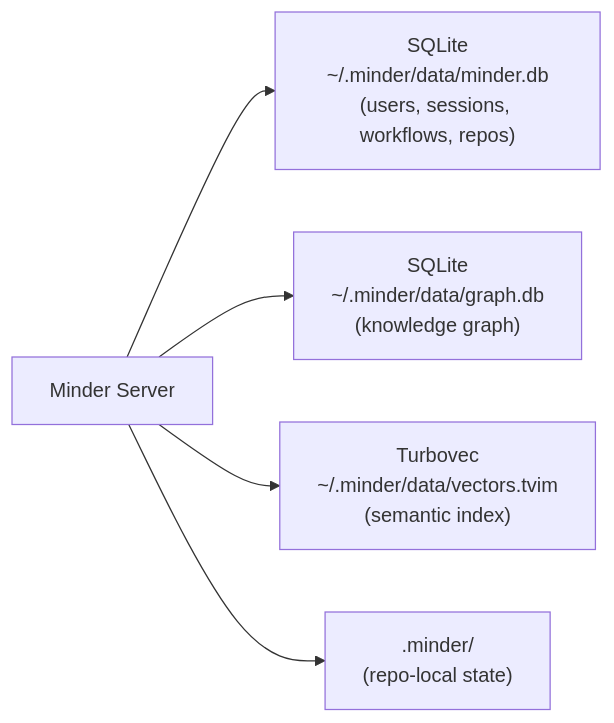
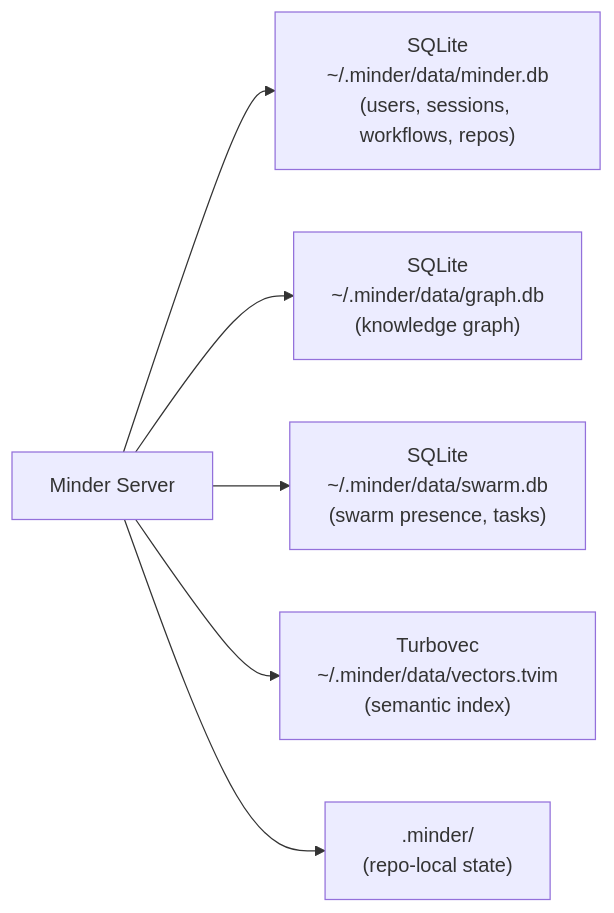
One commit to hiimtrung/minder changed the second of 4 diagrams in docs/architecture/minder-server.md. Above: the diagram before and after it, drawn with Mermaid. The commit also changed other lines of this file and 65 other files, not shown here.

````diff
--- a/docs/architecture/minder-server.md
+++ b/docs/architecture/minder-server.md
@@ -90,7 +90,8 @@
 ```mermaid
 flowchart LR
     App["Minder Server"] --> SQLiteRel["SQLite\n~/.minder/data/minder.db\n(users, sessions, workflows, repos)"]
     App --> SQLiteGraph["SQLite\n~/.minder/data/graph.db\n(knowledge graph)"]
+    App --> SQLiteSwarm["SQLite\n~/.minder/data/swarm.db\n(swarm presence, tasks)"]
     App --> Turbovec["Turbovec\n~/.minder/data/vectors.tvim\n(semantic index)"]
     App --> RepoState[".minder/\n(repo-local state)"]
 ```
````
